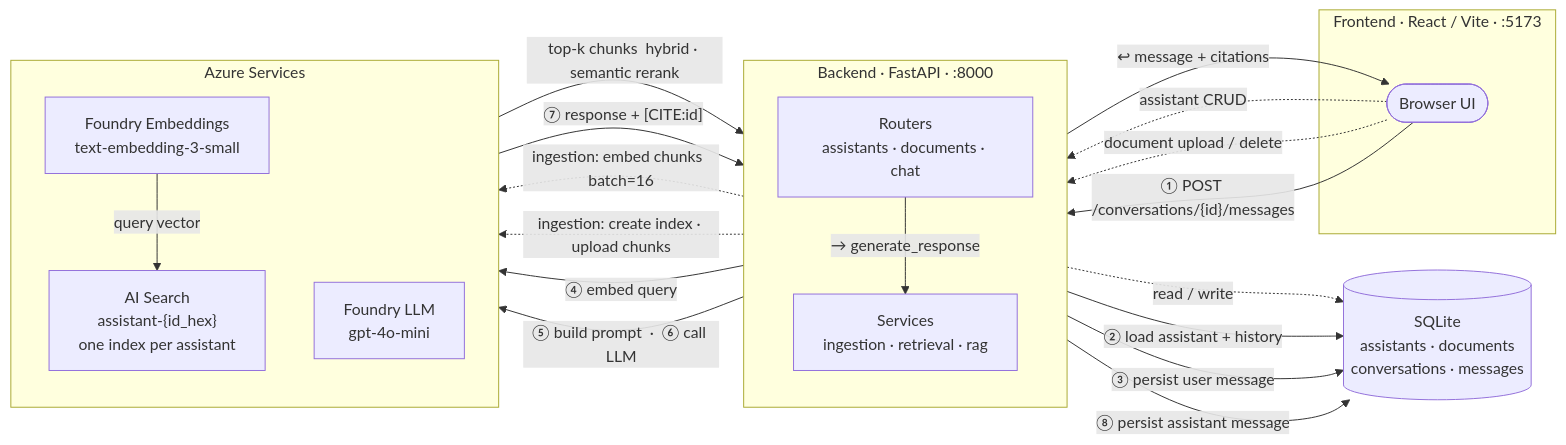
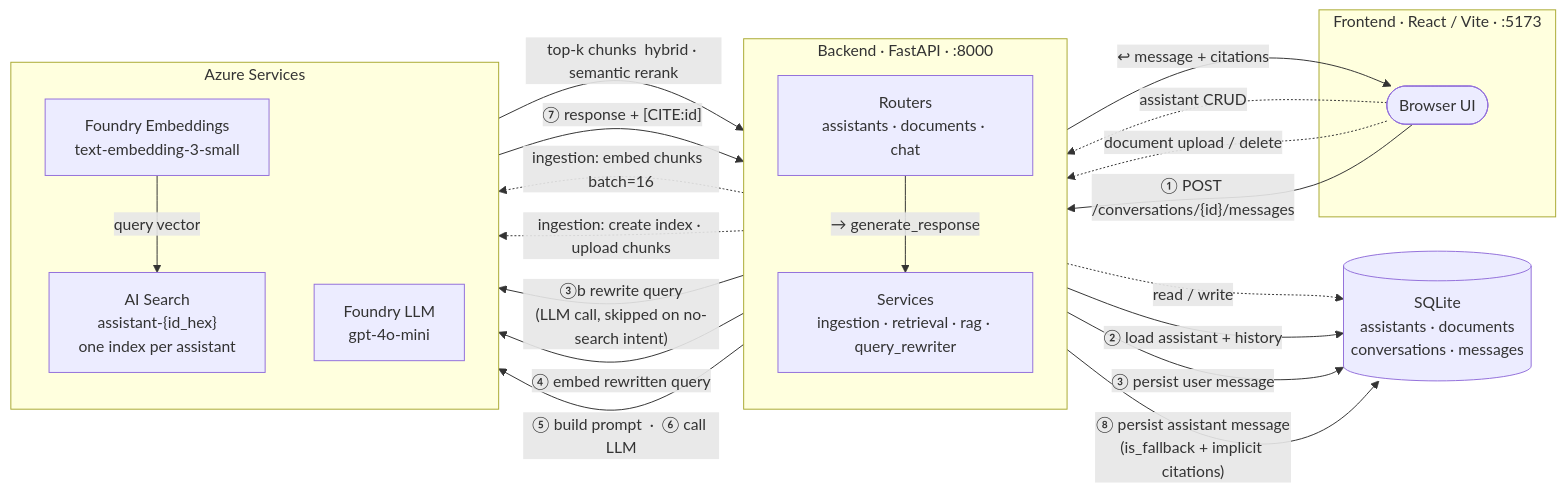
The diagram in docs/architecture.mmd (JorgePulgar/Rag-Assistants-Platform), drawn with Mermaid before and after one commit. The commit also changed 2 other files, not shown here.

Commit message:
docs(arch): T058 — add query_rewriter step and is_fallback/implicit-citations to diagram; re-export PNG

```diff
--- a/docs/architecture.mmd
+++ b/docs/architecture.mmd
@@ -1,41 +1,42 @@
 %%{init: {"flowchart": {"htmlLabels": true, "curve": "basis"}}}%%
 flowchart LR
 
     subgraph FE["Frontend  ·  React / Vite  ·  :5173"]
         UI([Browser UI])
     end
 
     subgraph BE["Backend  ·  FastAPI  ·  :8000"]
         direction TB
         ROUTERS["Routers\nassistants · documents · chat"]
-        SERVICES["Services\ningestion · retrieval · rag"]
+        SERVICES["Services\ningestion · retrieval · rag · query_rewriter"]
     end
 
     DB[("SQLite\nassistants · documents\nconversations · messages")]
 
     subgraph AZ["Azure Services"]
         direction TB
         EMB["Foundry Embeddings\ntext-embedding-3-small"]
         LLM["Foundry LLM\ngpt-4o-mini"]
         SRCH["AI Search\nassistant-{id_hex}\none index per assistant"]
     end
 
     %% ── Non-chat flows (dotted) ───────────────────────────────────
     UI -.->|"assistant CRUD"| ROUTERS
     UI -.->|"document upload / delete"| ROUTERS
     ROUTERS -.->|"read / write"| DB
     SERVICES -.->|"ingestion: embed chunks  batch=16"| EMB
     SERVICES -.->|"ingestion: create index · upload chunks"| SRCH
 
     %% ── Chat request flow  ① – ⑧ ─────────────────────────────────
     UI -->|"① POST /conversations/{id}/messages"| ROUTERS
     ROUTERS -->|"② load assistant + history"| DB
     ROUTERS -->|"③ persist user message"| DB
     ROUTERS -->|"→ generate_response"| SERVICES
-    SERVICES -->|"④ embed query"| EMB
+    SERVICES -->|"③b rewrite query\n(LLM call, skipped on no-search intent)"| LLM
+    SERVICES -->|"④ embed rewritten query"| EMB
     EMB -->|"query vector"| SRCH
     SRCH -->|"top-k chunks  hybrid · semantic rerank"| SERVICES
     SERVICES -->|"⑤ build prompt  ·  ⑥ call LLM"| LLM
     LLM -->|"⑦ response + [CITE:id]"| SERVICES
-    SERVICES -->|"⑧ persist assistant message"| DB
+    SERVICES -->|"⑧ persist assistant message\n(is_fallback + implicit citations)"| DB
     ROUTERS -->|"↩ message + citations"| UI
```
